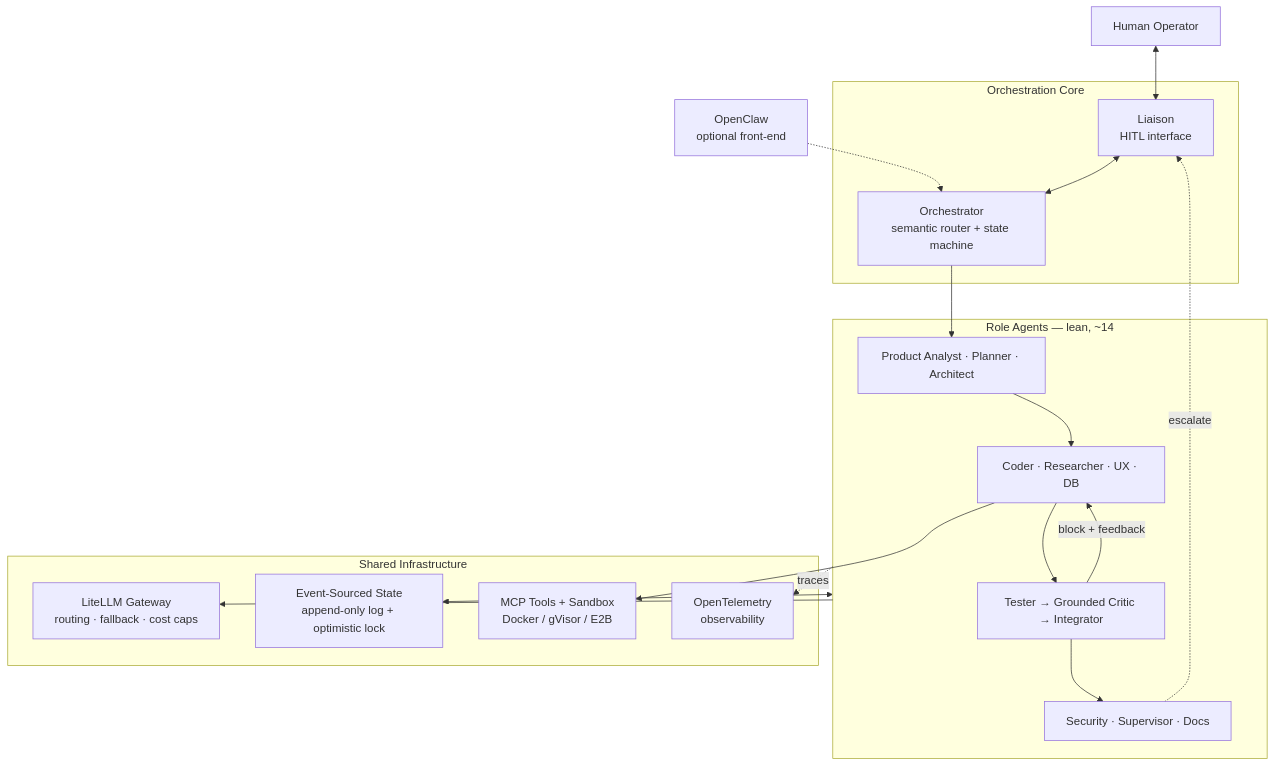
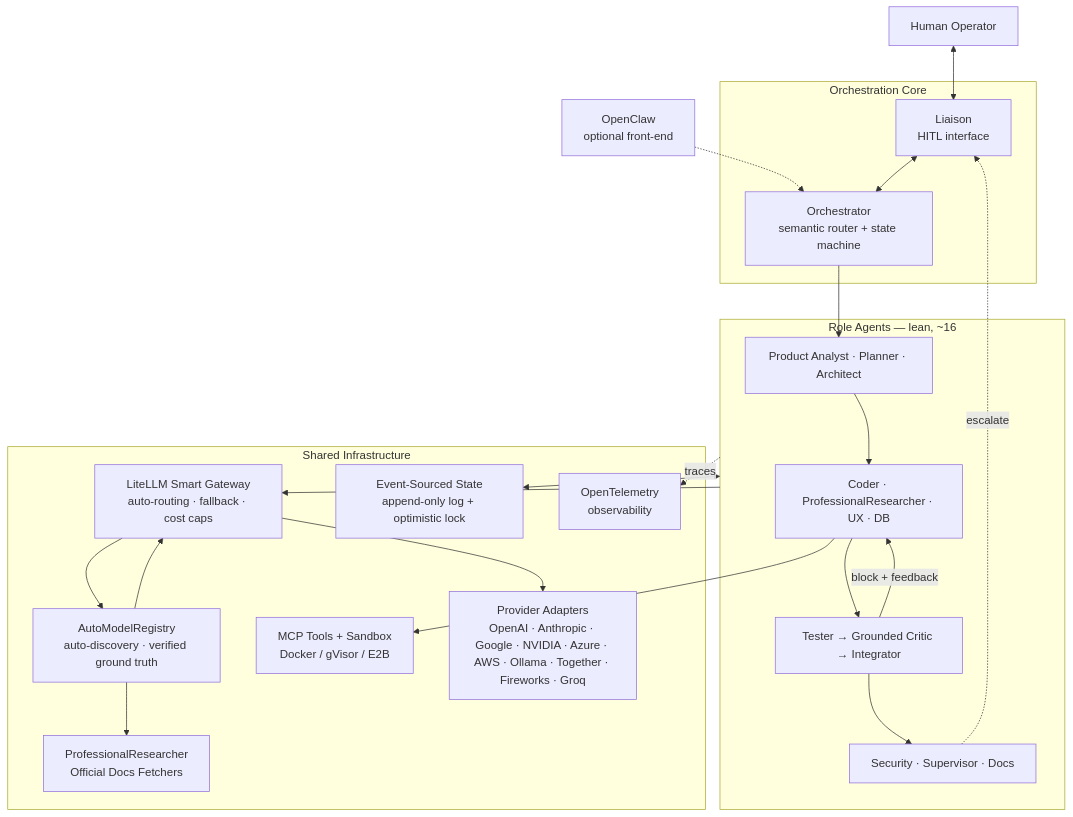
Before and after one commit to MONaser04/Zyren-AI-Dev-Team-I: the first of 2 diagrams in README.md, drawn with Mermaid. The commit also changed other lines of this file and 375 other files, not shown here.

````diff
--- a/README.md
+++ b/README.md
@@ -77,38 +81,45 @@
 ```mermaid
 graph TD
     H["Human Operator"]
     OC["OpenClaw<br/>optional front-end"]
 
     subgraph CORE["Orchestration Core"]
         LIA["Liaison<br/>HITL interface"]
         ORC["Orchestrator<br/>semantic router + state machine"]
     end
 
-    subgraph AGENTS["Role Agents — lean, ~14"]
+    subgraph AGENTS["Role Agents — lean, ~16"]
         PLAN["Product Analyst · Planner · Architect"]
-        BUILD["Coder · Researcher · UX · DB"]
+        BUILD["Coder · ProfessionalResearcher · UX · DB"]
         VERIFY["Tester → Grounded Critic → Integrator"]
         GOV["Security · Supervisor · Docs"]
     end
 
     subgraph INFRA["Shared Infrastructure"]
-        GW["LiteLLM Gateway<br/>routing · fallback · cost caps"]
+        GW["LiteLLM Smart Gateway<br/>auto-routing · fallback · cost caps"]
+        REG["AutoModelRegistry<br/>auto-discovery · verified ground truth"]
         BB["Event-Sourced State<br/>append-only log + optimistic lock"]
         TOOLS["MCP Tools + Sandbox<br/>Docker / gVisor / E2B"]
         OTEL["OpenTelemetry<br/>observability"]
+        PROV["Provider Adapters<br/>OpenAI · Anthropic · Google · NVIDIA · Azure · AWS · Ollama · Together · Fireworks · Groq"]
+        RES["ProfessionalResearcher<br/>Official Docs Fetchers"]
     end
 
     H <--> LIA
     OC -.-> ORC
     LIA <--> ORC
     ORC --> PLAN
     PLAN --> BUILD
     BUILD --> VERIFY
     VERIFY --> GOV
     VERIFY -->|block + feedback| BUILD
     GOV -.->|escalate| LIA
     AGENTS --> GW
     AGENTS <--> BB
     BUILD --> TOOLS
     AGENTS -.->|traces| OTEL
+    GW --> REG
+    GW --> PROV
+    REG --> RES
+    REG --> GW
 ```
````
